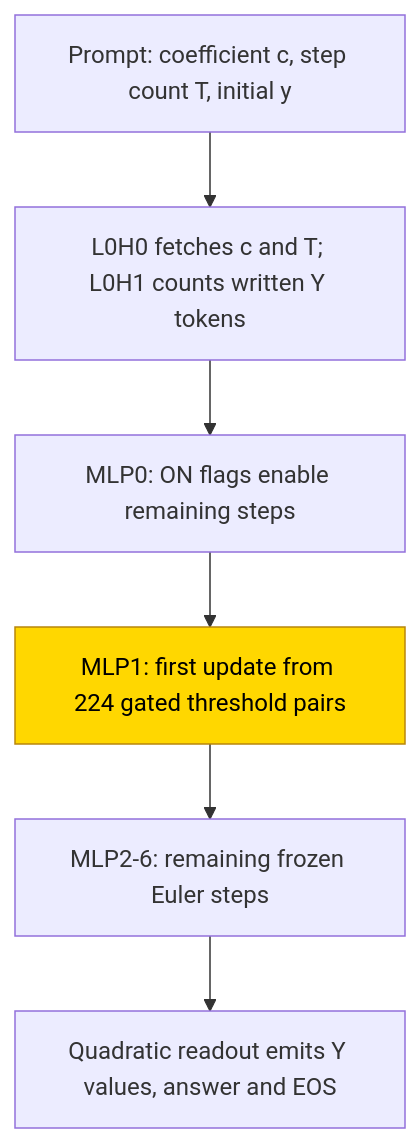
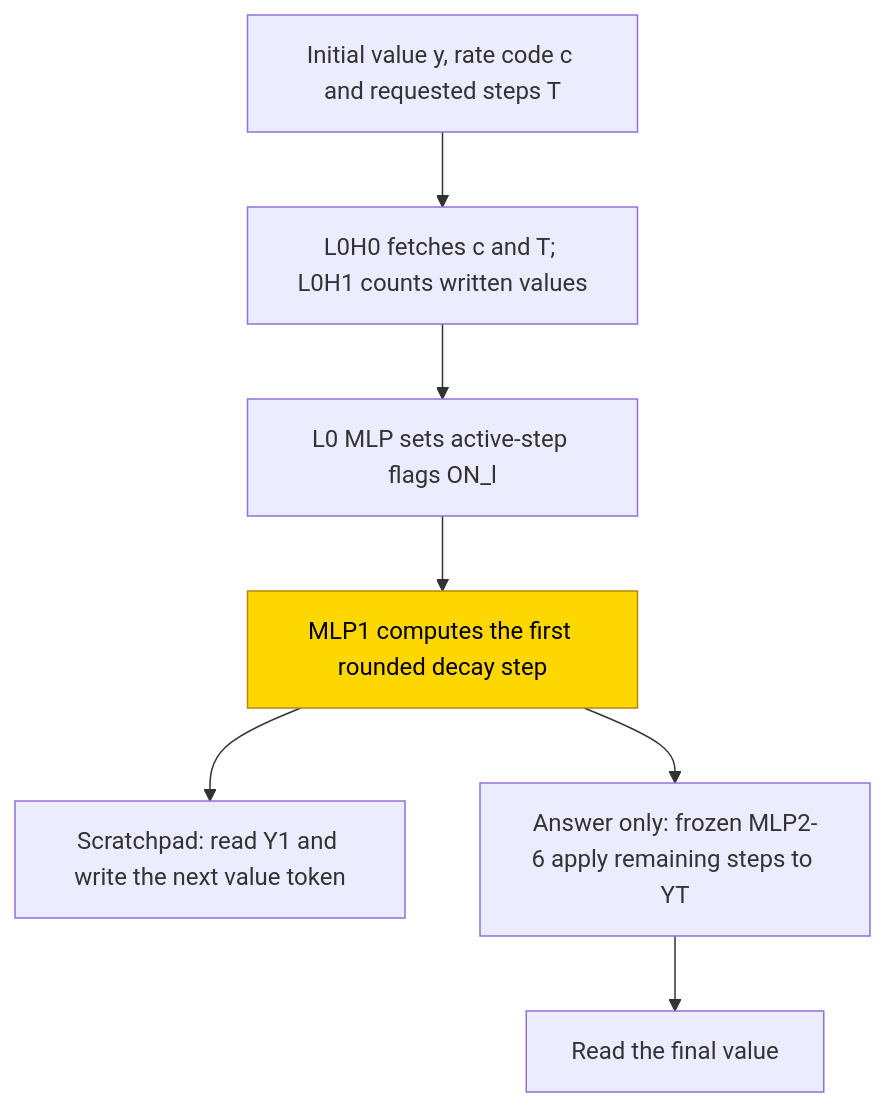
The diagram in entries/euler-decay-ode.md (jc1122/mechanistic-interpretability-circuit-atlas), drawn with Mermaid before and after one commit. The commit also changed other lines of this file and 54 other files, not shown here.

````diff
--- a/entries/euler-decay-ode.md
+++ b/entries/euler-decay-ode.md
@@ -88,10 +77,11 @@
 ```mermaid
 flowchart TD
-    P["Prompt: coefficient c, step count T, initial y"] --> H["L0H0 fetches c and T; L0H1 counts written Y tokens"]
-    H --> F["MLP0: ON flags enable remaining steps"]
-    F --> M1["MLP1: first update from 224 gated threshold pairs"]
-    M1 --> MS["MLP2-6: remaining frozen Euler steps"]
-    MS --> O["Quadratic readout emits Y values, answer and EOS"]
+    P["Initial value y, rate code c and requested steps T"] --> F["L0H0 fetches c and T; L0H1 counts written values"]
+    F --> G["L0 MLP sets active-step flags ON_l"]
+    G --> M["MLP1 computes the first rounded decay step"]
+    M --> Y["Scratchpad: read Y1 and write the next value token"]
+    M --> A["Answer only: frozen MLP2-6 apply remaining steps to YT"]
+    A --> R["Read the final value"]
     classDef trained fill:gold,stroke:darkgoldenrod,color:black
-    class M1 trained
+    class M trained
 ```
````
